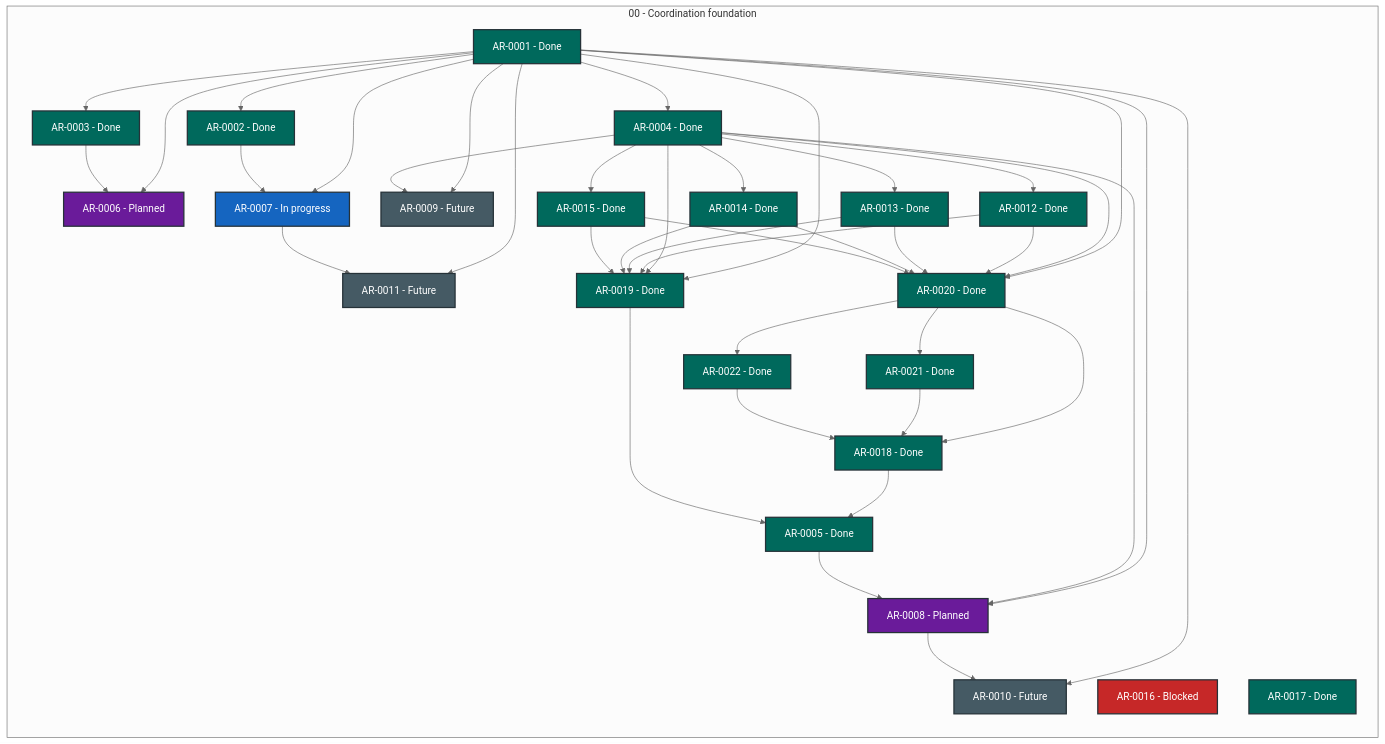
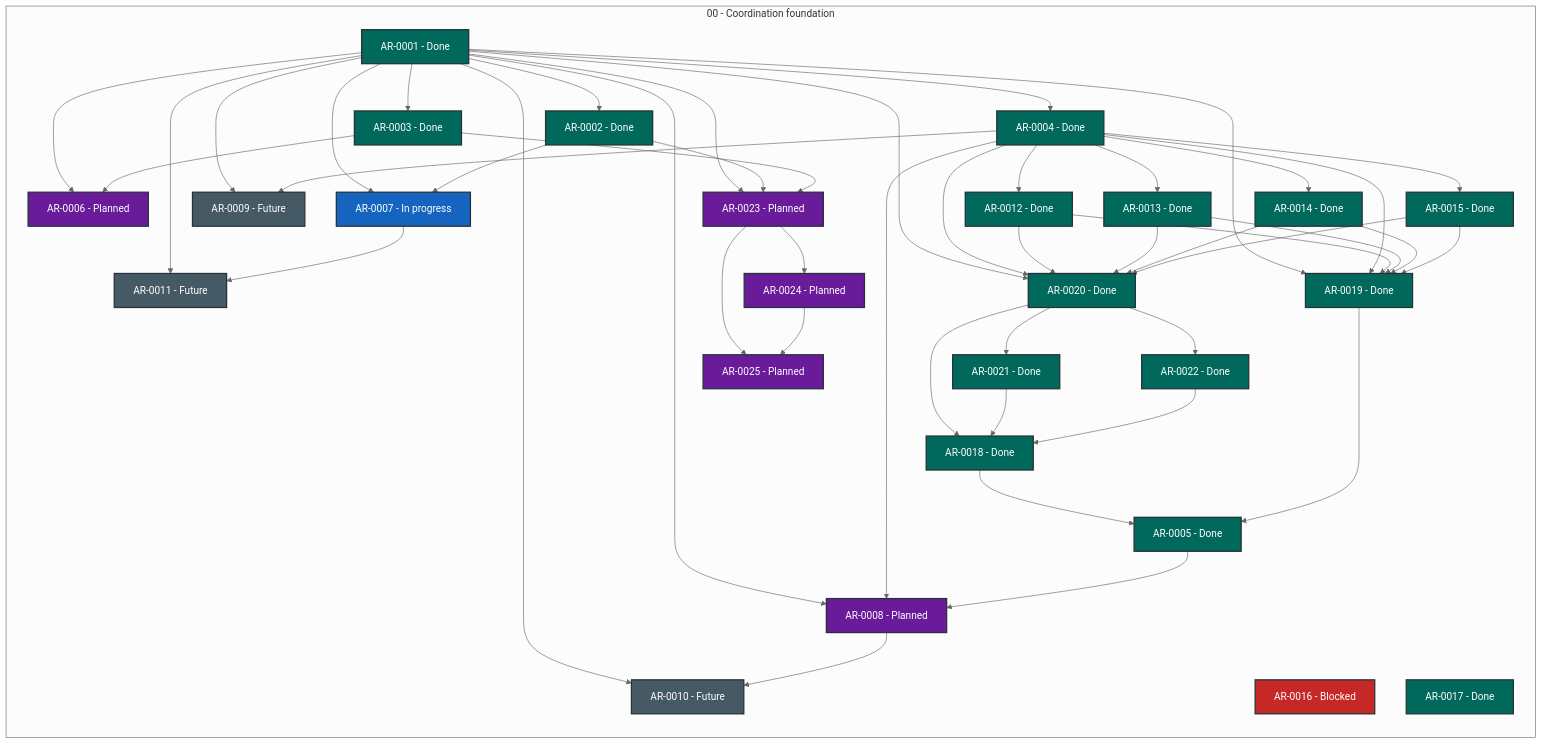
Before and after one commit to martin-beck/agent-workflow-quality-state: the diagram in STATUS.md, drawn with Mermaid (neutral theme). The commit also changed other lines of this file and 2 other files, not shown here.

```diff
--- a/STATUS.md
+++ b/STATUS.md
@@ -50,6 +50,9 @@
         AR_0020["AR-0020 - Done"]:::status_done
         AR_0021["AR-0021 - Done"]:::status_done
         AR_0022["AR-0022 - Done"]:::status_done
+        AR_0023["AR-0023 - Planned"]:::status_planned
+        AR_0024["AR-0024 - Planned"]:::status_planned
+        AR_0025["AR-0025 - Planned"]:::status_planned
     end
     AR_0001 --> AR_0002
     AR_0001 --> AR_0003
@@ -62,8 +65,11 @@
     AR_0001 --> AR_0011
     AR_0001 --> AR_0019
     AR_0001 --> AR_0020
+    AR_0001 --> AR_0023
     AR_0002 --> AR_0007
+    AR_0002 --> AR_0023
     AR_0003 --> AR_0006
+    AR_0003 --> AR_0023
     AR_0004 --> AR_0008
     AR_0004 --> AR_0009
     AR_0004 --> AR_0012
@@ -90,6 +96,9 @@
     AR_0020 --> AR_0022
     AR_0021 --> AR_0018
     AR_0022 --> AR_0018
+    AR_0023 --> AR_0024
+    AR_0023 --> AR_0025
+    AR_0024 --> AR_0025
     classDef status_in_progress fill:#1565c0,color:#ffffff,stroke:#263238,stroke-width:2px
     classDef status_open fill:#2e7d32,color:#ffffff,stroke:#263238,stroke-width:2px
     classDef status_blocked fill:#c62828,color:#ffffff,stroke:#263238,stroke-width:2px
```
